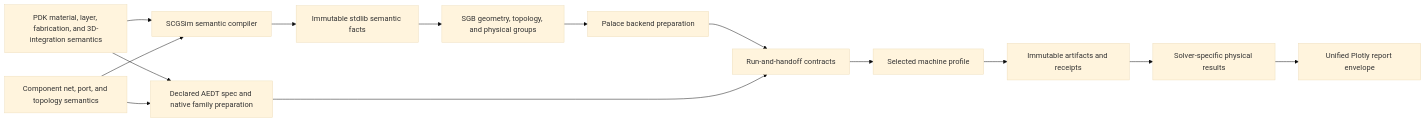
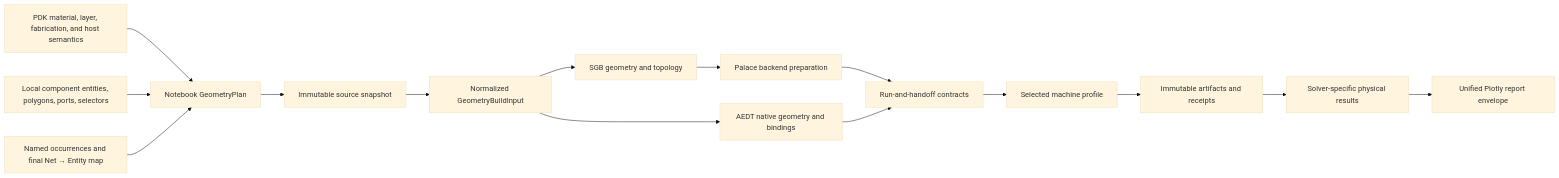
Before and after one commit to OrPenStrike/scgsim: the diagram in docs/architecture.qmd, drawn with Mermaid (base theme). The commit also changed other lines of this file and 15 other files, not shown here.

First line of the commit message:
feat(sgb): add hierarchical Notebook geometry plans

````diff
--- a/docs/architecture.qmd
+++ b/docs/architecture.qmd
@@ -10,17 +10,17 @@
 ```{mermaid}
 flowchart LR
-  PDK["PDK material, layer, fabrication, and 3D-integration semantics"] --> COMPILER["SCGSim semantic compiler"]
-  COMPONENT["Component net, port, and topology semantics"] --> COMPILER
-  COMPILER --> CORE["Immutable stdlib semantic facts"]
-  CORE --> SGB
-  SGB["SGB geometry, topology, and physical groups"]
+  PDK["PDK material, layer, fabrication, and host semantics"] --> PLAN["Notebook GeometryPlan"]
+  COMPONENT["Local component entities, polygons, ports, selectors"] --> PLAN
+  NOTEBOOK["Named occurrences and final Net → Entity map"] --> PLAN
+  PLAN --> SNAPSHOT["Immutable source snapshot"]
+  SNAPSHOT --> INPUT["Normalized GeometryBuildInput"]
+  INPUT --> SGB["SGB geometry and topology"]
+  INPUT --> AEDT["AEDT native geometry and bindings"]
   SGB --> PALACE["Palace backend preparation"]
-  PDK --> AEDT["Declared AEDT spec and native family preparation"]
-  COMPONENT --> AEDT
   PALACE --> HANDOFF["Run-and-handoff contracts"]
   AEDT --> HANDOFF
   HANDOFF --> PROFILE["Selected machine profile"]
   PROFILE --> ARTIFACTS["Immutable artifacts and receipts"]
   ARTIFACTS --> RESULTS["Solver-specific physical results"]
   RESULTS --> REPORT["Unified Plotly report envelope"]
 ```
````
